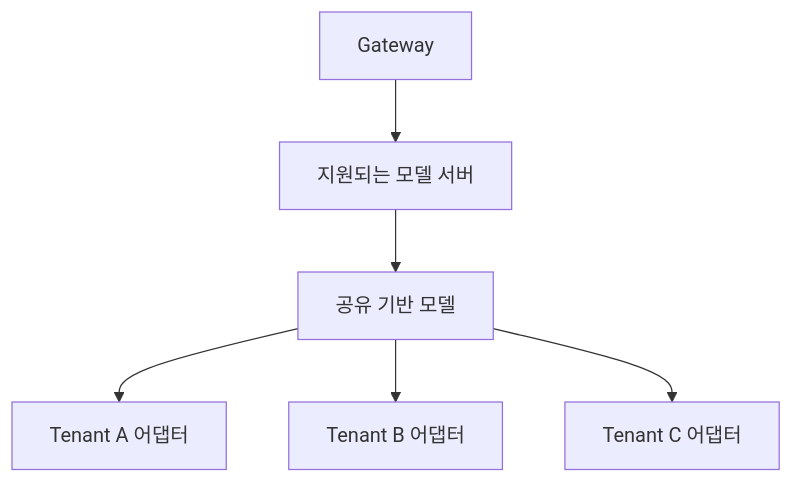
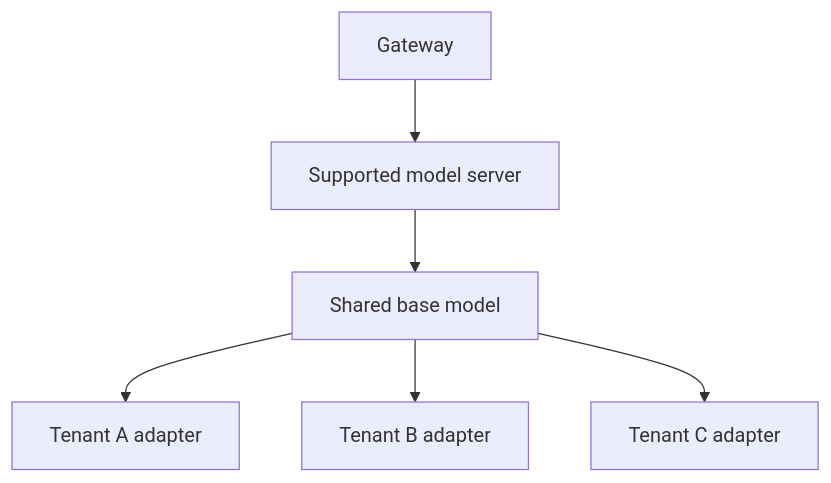
The third of 3 diagrams in docs/agentic-ai-platform/reference-architecture/integrations/coding-tools-cost-analysis.md (devfloor9/engineering-playbook), drawn with Mermaid before and after one commit. The commit also changed other lines of this file and 954 other files, not shown here.

````diff
--- a/docs/agentic-ai-platform/reference-architecture/integrations/coding-tools-cost-analysis.md
+++ b/docs/agentic-ai-platform/reference-architecture/integrations/coding-tools-cost-analysis.md
@@ -298,8 +298,8 @@
 ```mermaid
 graph TD
-    G[Gateway] --> V[지원되는 모델 서버]
-    V --> B[공유 기반 모델]
-    B --> L1[Tenant A 어댑터]
-    B --> L2[Tenant B 어댑터]
-    B --> L3[Tenant C 어댑터]
+    G[Gateway] --> V[Supported model server]
+    V --> B[Shared base model]
+    B --> L1[Tenant A adapter]
+    B --> L2[Tenant B adapter]
+    B --> L3[Tenant C adapter]
 ```
````
